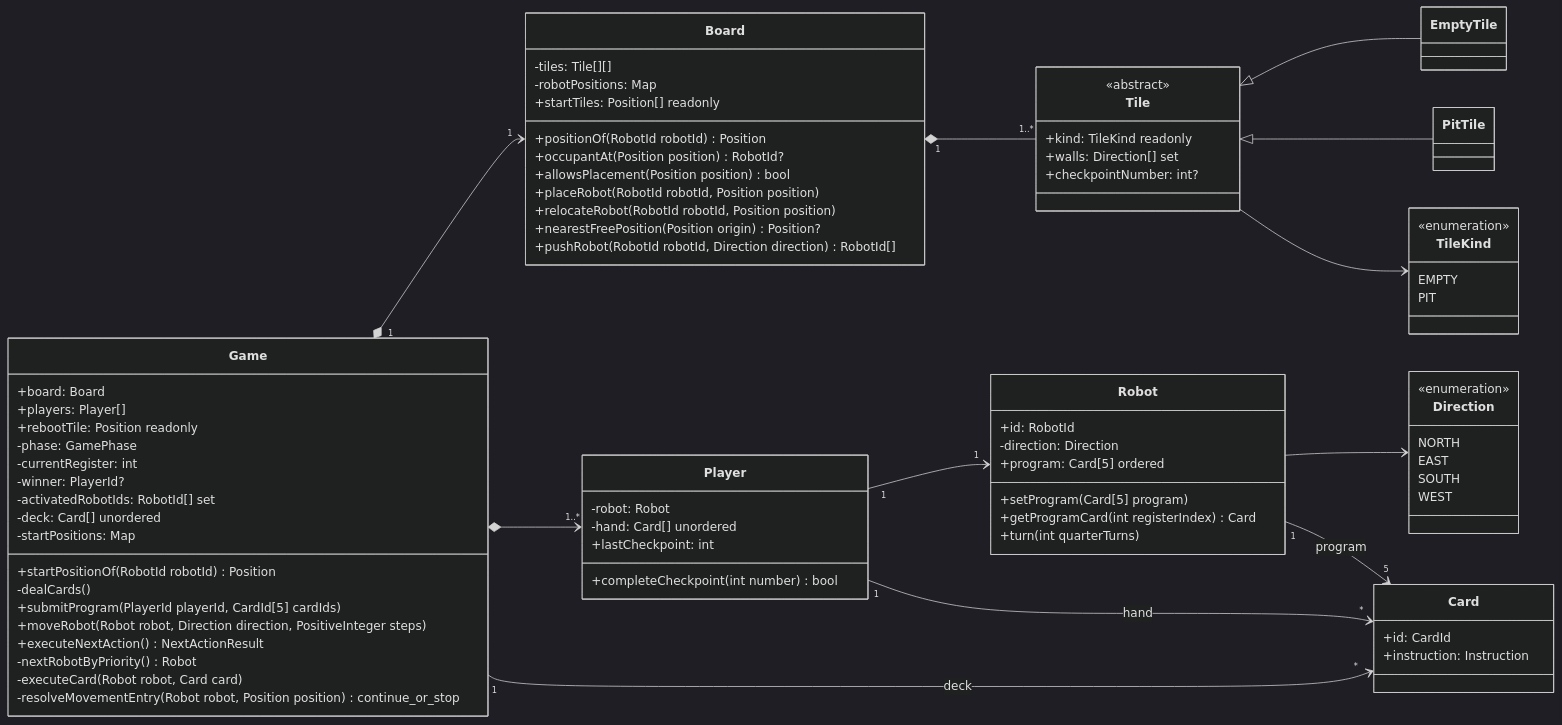
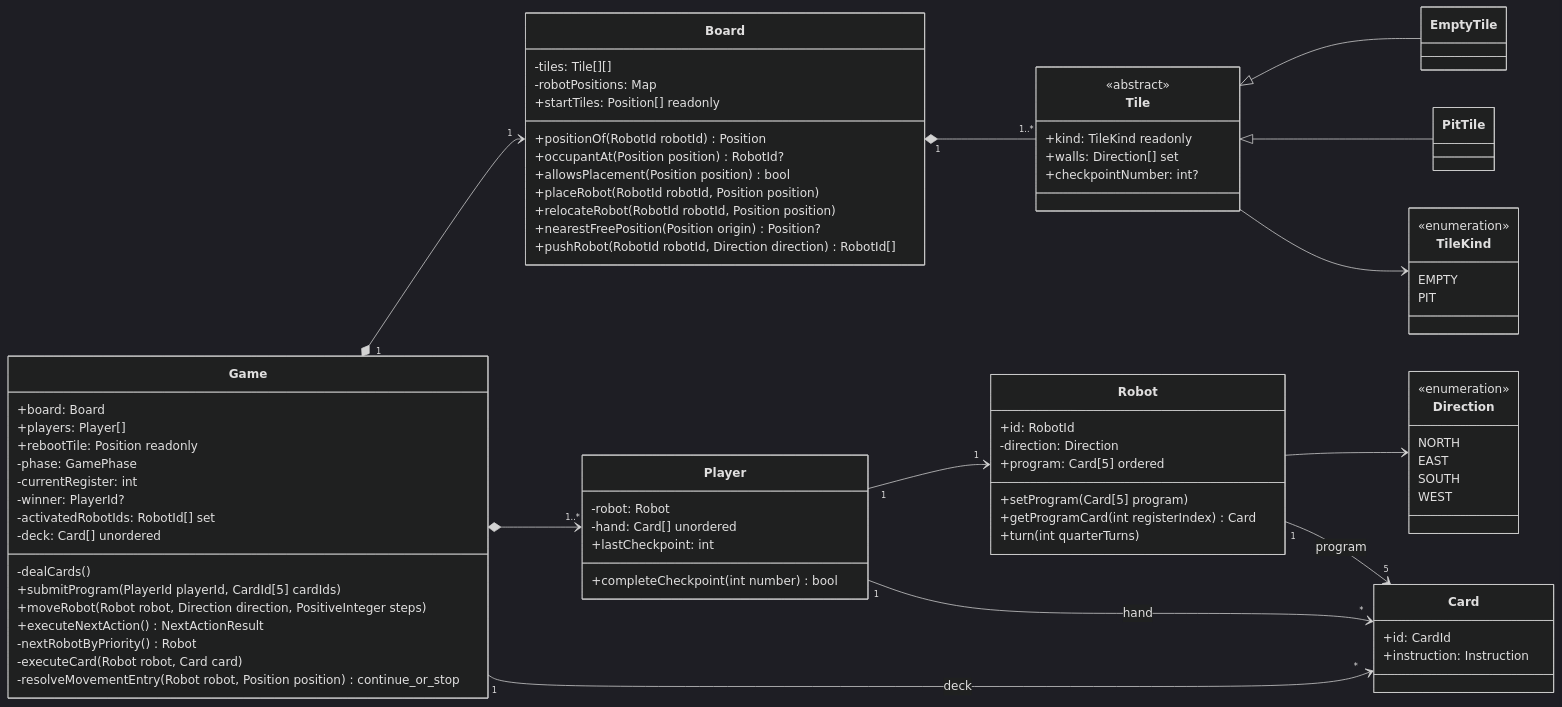
One commit to hananinas/RoboRally changed the diagram in docs/game_model_UML.md. Above: the diagram before and after it, drawn with Mermaid (dark theme). The commit also changed 2 other files, not shown here.

Commit message:
refactor(game): drop unused starting-position tracking

```diff
--- a/docs/game_model_UML.md
+++ b/docs/game_model_UML.md
@@ -14,8 +14,6 @@
         -winner: PlayerId?
         -activatedRobotIds: RobotId[] set
         -deck: Card[] unordered
-        -startPositions: Map
-        +startPositionOf(RobotId robotId) Position
         -dealCards()
         +submitProgram(PlayerId playerId, CardId[5] cardIds)
         +moveRobot(Robot robot, Direction direction, PositiveInteger steps)
```
